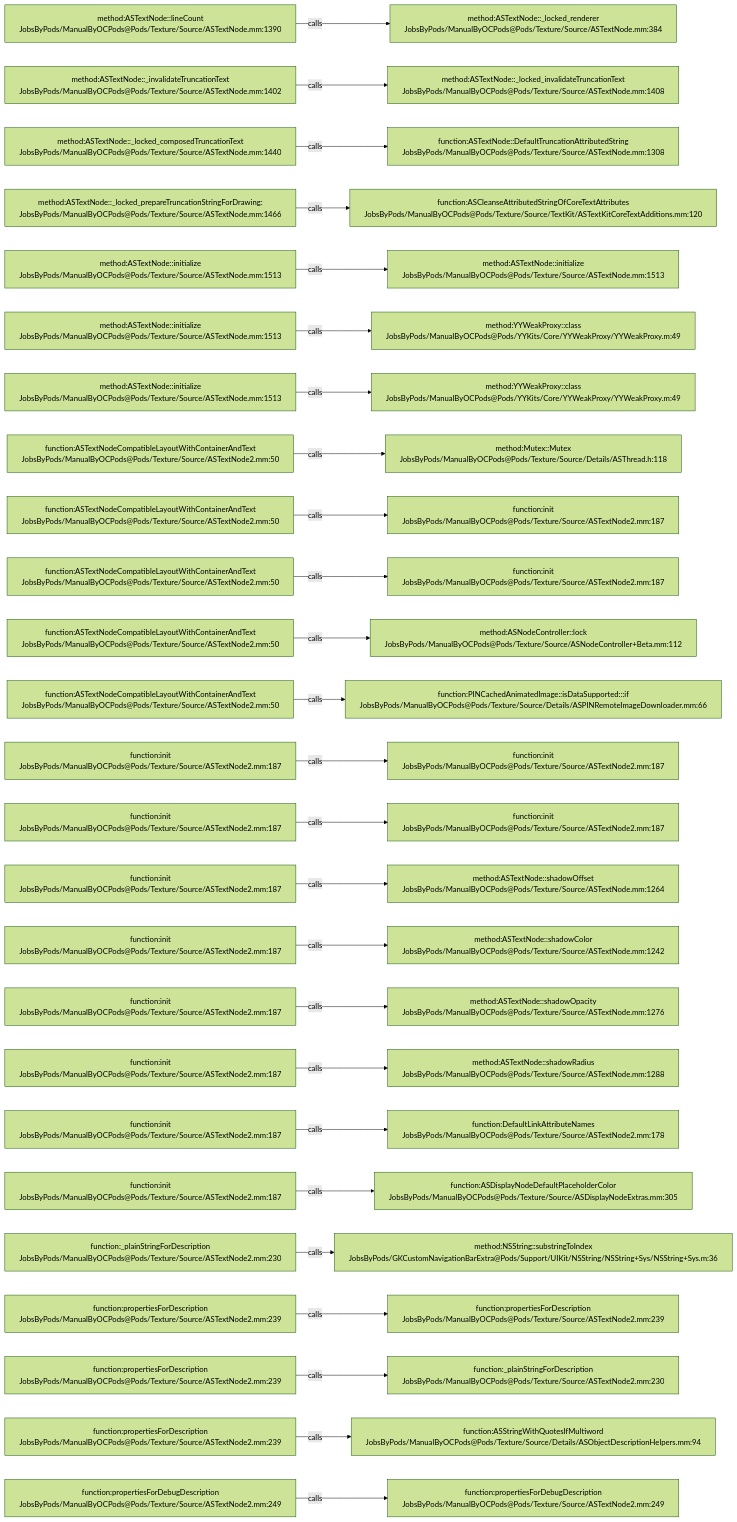
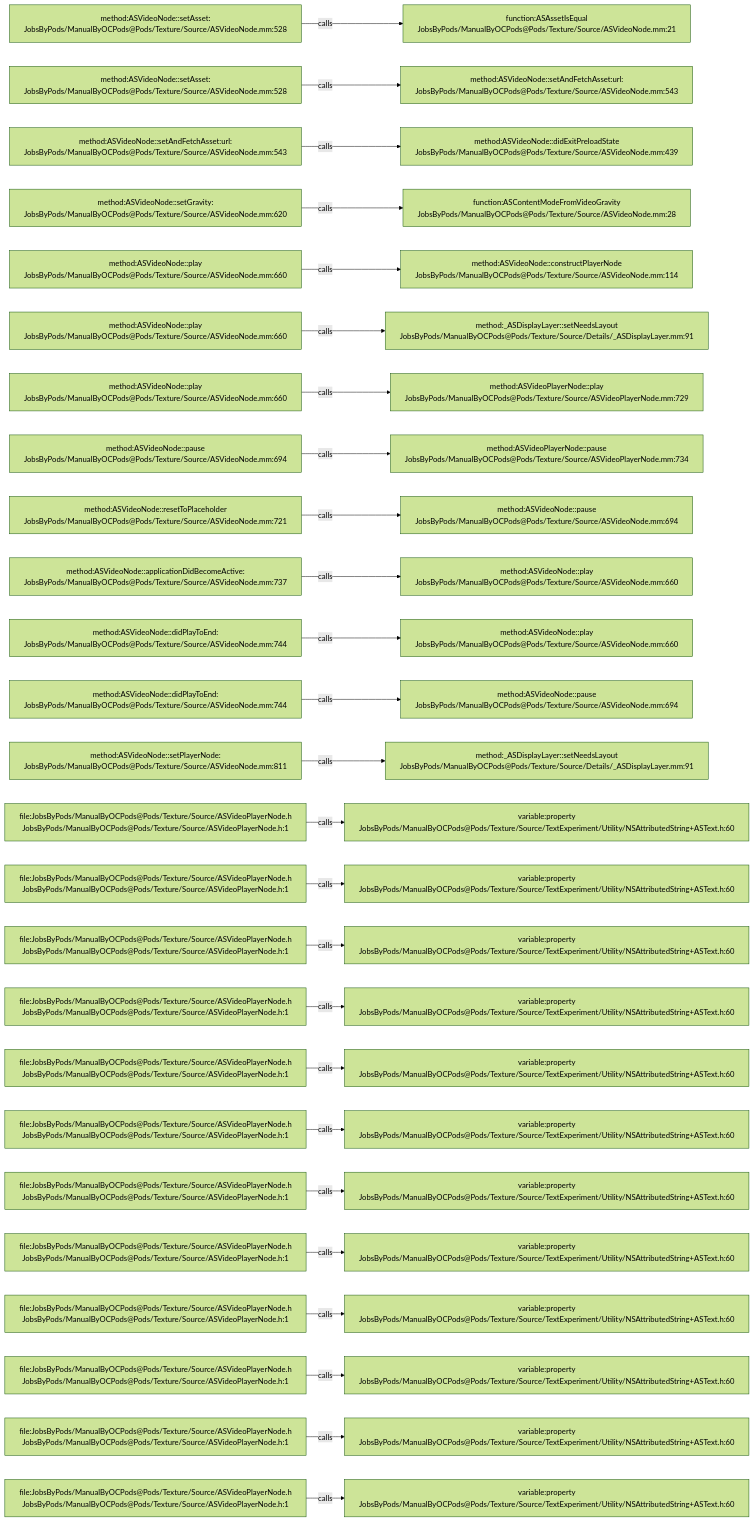
Before and after one commit to JobsKits/JobsOCBaseConfigDemo: the diagram in .codegraph/codegraph.md/graphs/calls-146.md, drawn with Mermaid (forest theme). The commit also changed 1223 other files, not shown here.

````diff
--- a/.codegraph/codegraph.md/graphs/calls-146.md
+++ b/.codegraph/codegraph.md/graphs/calls-146.md
@@ -13,78 +13,78 @@
 ```mermaid
 flowchart LR
-  S1["method:ASTextNode::lineCount<br/>JobsByPods/ManualByOCPods@Pods/Texture/Source/ASTextNode.mm:1390"]
-  T1["method:ASTextNode::_locked_renderer<br/>JobsByPods/ManualByOCPods@Pods/Texture/Source/ASTextNode.mm:384"]
+  S1["method:ASVideoNode::setAsset:<br/>JobsByPods/ManualByOCPods@Pods/Texture/Source/ASVideoNode.mm:528"]
+  T1["function:ASAssetIsEqual<br/>JobsByPods/ManualByOCPods@Pods/Texture/Source/ASVideoNode.mm:21"]
   S1 -->|calls| T1
-  S2["method:ASTextNode::_invalidateTruncationText<br/>JobsByPods/ManualByOCPods@Pods/Texture/Source/ASTextNode.mm:1402"]
-  T2["method:ASTextNode::_locked_invalidateTruncationText<br/>JobsByPods/ManualByOCPods@Pods/Texture/Source/ASTextNode.mm:1408"]
+  S2["method:ASVideoNode::setAsset:<br/>JobsByPods/ManualByOCPods@Pods/Texture/Source/ASVideoNode.mm:528"]
+  T2["method:ASVideoNode::setAndFetchAsset:url:<br/>JobsByPods/ManualByOCPods@Pods/Texture/Source/ASVideoNode.mm:543"]
   S2 -->|calls| T2
-  S3["method:ASTextNode::_locked_composedTruncationText<br/>JobsByPods/ManualByOCPods@Pods/Texture/Source/ASTextNode.mm:1440"]
-  T3["function:ASTextNode::DefaultTruncationAttributedString<br/>JobsByPods/ManualByOCPods@Pods/Texture/Source/ASTextNode.mm:1308"]
+  S3["method:ASVideoNode::setAndFetchAsset:url:<br/>JobsByPods/ManualByOCPods@Pods/Texture/Source/ASVideoNode.mm:543"]
+  T3["method:ASVideoNode::didExitPreloadState<br/>JobsByPods/ManualByOCPods@Pods/Texture/Source/ASVideoNode.mm:439"]
   S3 -->|calls| T3
-  S4["method:ASTextNode::_locked_prepareTruncationStringForDrawing:<br/>JobsByPods/ManualByOCPods@Pods/Texture/Source/ASTextNode.mm:1466"]
-  T4["function:ASCleanseAttributedStringOfCoreTextAttributes<br/>JobsByPods/ManualByOCPods@Pods/Texture/Source/TextKit/ASTextKitCoreTextAdditions.mm:120"]
+  S4["method:ASVideoNode::setGravity:<br/>JobsByPods/ManualByOCPods@Pods/Texture/Source/ASVideoNode.mm:620"]
+  T4["function:ASContentModeFromVideoGravity<br/>JobsByPods/ManualByOCPods@Pods/Texture/Source/ASVideoNode.mm:28"]
   S4 -->|calls| T4
-  S5["method:ASTextNode::initialize<br/>JobsByPods/ManualByOCPods@Pods/Texture/Source/ASTextNode.mm:1513"]
-  T5["method:ASTextNode::initialize<br/>JobsByPods/ManualByOCPods@Pods/Texture/Source/ASTextNode.mm:1513"]
+  S5["method:ASVideoNode::play<br/>JobsByPods/ManualByOCPods@Pods/Texture/Source/ASVideoNode.mm:660"]
+  T5["method:ASVideoNode::constructPlayerNode<br/>JobsByPods/ManualByOCPods@Pods/Texture/Source/ASVideoNode.mm:114"]
   S5 -->|calls| T5
-  S6["method:ASTextNode::initialize<br/>JobsByPods/ManualByOCPods@Pods/Texture/Source/ASTextNode.mm:1513"]
-  T6["method:YYWeakProxy::class<br/>JobsByPods/ManualByOCPods@Pods/YYKits/Core/YYWeakProxy/YYWeakProxy.m:49"]
+  S6["method:ASVideoNode::play<br/>JobsByPods/ManualByOCPods@Pods/Texture/Source/ASVideoNode.mm:660"]
+  T6["method:_ASDisplayLayer::setNeedsLayout<br/>JobsByPods/ManualByOCPods@Pods/Texture/Source/Details/_ASDisplayLayer.mm:91"]
   S6 -->|calls| T6
-  S7["method:ASTextNode::initialize<br/>JobsByPods/ManualByOCPods@Pods/Texture/Source/ASTextNode.mm:1513"]
-  T7["method:YYWeakProxy::class<br/>JobsByPods/ManualByOCPods@Pods/YYKits/Core/YYWeakProxy/YYWeakProxy.m:49"]
+  S7["method:ASVideoNode::play<br/>JobsByPods/ManualByOCPods@Pods/Texture/Source/ASVideoNode.mm:660"]
+  T7["method:ASVideoPlayerNode::play<br/>JobsByPods/ManualByOCPods@Pods/Texture/Source/ASVideoPlayerNode.mm:729"]
   S7 -->|calls| T7
-  S8["function:ASTextNodeCompatibleLayoutWithContainerAndText<br/>JobsByPods/ManualByOCPods@Pods/Texture/Source/ASTextNode2.mm:50"]
-  T8["method:Mutex::Mutex<br/>JobsByPods/ManualByOCPods@Pods/Texture/Source/Details/ASThread.h:118"]
+  S8["method:ASVideoNode::pause<br/>JobsByPods/ManualByOCPods@Pods/Texture/Source/ASVideoNode.mm:694"]
+  T8["method:ASVideoPlayerNode::pause<br/>JobsByPods/ManualByOCPods@Pods/Texture/Source/ASVideoPlayerNode.mm:734"]
   S8 -->|calls| T8
-  S9["function:ASTextNodeCompatibleLayoutWithContainerAndText<br/>JobsByPods/ManualByOCPods@Pods/Texture/Source/ASTextNode2.mm:50"]
-  T9["function:init<br/>JobsByPods/ManualByOCPods@Pods/Texture/Source/ASTextNode2.mm:187"]
+  S9["method:ASVideoNode::resetToPlaceholder<br/>JobsByPods/ManualByOCPods@Pods/Texture/Source/ASVideoNode.mm:721"]
+  T9["method:ASVideoNode::pause<br/>JobsByPods/ManualByOCPods@Pods/Texture/Source/ASVideoNode.mm:694"]
   S9 -->|calls| T9
-  S10["function:ASTextNodeCompatibleLayoutWithContainerAndText<br/>JobsByPods/ManualByOCPods@Pods/Texture/Source/ASTextNode2.mm:50"]
-  T10["function:init<br/>JobsByPods/ManualByOCPods@Pods/Texture/Source/ASTextNode2.mm:187"]
+  S10["method:ASVideoNode::applicationDidBecomeActive:<br/>JobsByPods/ManualByOCPods@Pods/Texture/Source/ASVideoNode.mm:737"]
+  T10["method:ASVideoNode::play<br/>JobsByPods/ManualByOCPods@Pods/Texture/Source/ASVideoNode.mm:660"]
   S10 -->|calls| T10
-  S11["function:ASTextNodeCompatibleLayoutWithContainerAndText<br/>JobsByPods/ManualByOCPods@Pods/Texture/Source/ASTextNode2.mm:50"]
-  T11["method:ASNodeController::lock<br/>JobsByPods/ManualByOCPods@Pods/Texture/Source/ASNodeController+Beta.mm:112"]
+  S11["method:ASVideoNode::didPlayToEnd:<br/>JobsByPods/ManualByOCPods@Pods/Texture/Source/ASVideoNode.mm:744"]
+  T11["method:ASVideoNode::play<br/>JobsByPods/ManualByOCPods@Pods/Texture/Source/ASVideoNode.mm:660"]
   S11 -->|calls| T11
-  S12["function:ASTextNodeCompatibleLayoutWithContainerAndText<br/>JobsByPods/ManualByOCPods@Pods/Texture/Source/ASTextNode2.mm:50"]
-  T12["function:PINCachedAnimatedImage::isDataSupported:::if<br/>JobsByPods/ManualByOCPods@Pods/Texture/Source/Details/ASPINRemoteImageDownloader.mm:66"]
+  S12["method:ASVideoNode::didPlayToEnd:<br/>JobsByPods/ManualByOCPods@Pods/Texture/Source/ASVideoNode.mm:744"]
+  T12["method:ASVideoNode::pause<br/>JobsByPods/ManualByOCPods@Pods/Texture/Source/ASVideoNode.mm:694"]
   S12 -->|calls| T12
-  S13["function:init<br/>JobsByPods/ManualByOCPods@Pods/Texture/Source/ASTextNode2.mm:187"]
-  T13["function:init<br/>JobsByPods/ManualByOCPods@Pods/Texture/Source/ASTextNode2.mm:187"]
+  S13["method:ASVideoNode::setPlayerNode:<br/>JobsByPods/ManualByOCPods@Pods/Texture/Source/ASVideoNode.mm:811"]
+  T13["method:_ASDisplayLayer::setNeedsLayout<br/>JobsByPods/ManualByOCPods@Pods/Texture/Source/Details/_ASDisplayLayer.mm:91"]
   S13 -->|calls| T13
-  S14["function:init<br/>JobsByPods/ManualByOCPods@Pods/Texture/Source/ASTextNode2.mm:187"]
-  T14["function:init<br/>JobsByPods/ManualByOCPods@Pods/Texture/Source/ASTextNode2.mm:187"]
+  S14["file:JobsByPods/ManualByOCPods@Pods/Texture/Source/ASVideoPlayerNode.h<br/>JobsByPods/ManualByOCPods@Pods/Texture/Source/ASVideoPlayerNode.h:1"]
+  T14["variable:property<br/>JobsByPods/ManualByOCPods@Pods/Texture/Source/TextExperiment/Utility/NSAttributedString+ASText.h:60"]
   S14 -->|calls| T14
-  S15["function:init<br/>JobsByPods/ManualByOCPods@Pods/Texture/Source/ASTextNode2.mm:187"]
-  T15["method:ASTextNode::shadowOffset<br/>JobsByPods/ManualByOCPods@Pods/Texture/Source/ASTextNode.mm:1264"]
+  S15["file:JobsByPods/ManualByOCPods@Pods/Texture/Source/ASVideoPlayerNode.h<br/>JobsByPods/ManualByOCPods@Pods/Texture/Source/ASVideoPlayerNode.h:1"]
+  T15["variable:property<br/>JobsByPods/ManualByOCPods@Pods/Texture/Source/TextExperiment/Utility/NSAttributedString+ASText.h:60"]
   S15 -->|calls| T15
-  S16["function:init<br/>JobsByPods/ManualByOCPods@Pods/Texture/Source/ASTextNode2.mm:187"]
-  T16["method:ASTextNode::shadowColor<br/>JobsByPods/ManualByOCPods@Pods/Texture/Source/ASTextNode.mm:1242"]
+  S16["file:JobsByPods/ManualByOCPods@Pods/Texture/Source/ASVideoPlayerNode.h<br/>JobsByPods/ManualByOCPods@Pods/Texture/Source/ASVideoPlayerNode.h:1"]
+  T16["variable:property<br/>JobsByPods/ManualByOCPods@Pods/Texture/Source/TextExperiment/Utility/NSAttributedString+ASText.h:60"]
   S16 -->|calls| T16
-  S17["function:init<br/>JobsByPods/ManualByOCPods@Pods/Texture/Source/ASTextNode2.mm:187"]
-  T17["method:ASTextNode::shadowOpacity<br/>JobsByPods/ManualByOCPods@Pods/Texture/Source/ASTextNode.mm:1276"]
+  S17["file:JobsByPods/ManualByOCPods@Pods/Texture/Source/ASVideoPlayerNode.h<br/>JobsByPods/ManualByOCPods@Pods/Texture/Source/ASVideoPlayerNode.h:1"]
+  T17["variable:property<br/>JobsByPods/ManualByOCPods@Pods/Texture/Source/TextExperiment/Utility/NSAttributedString+ASText.h:60"]
   S17 -->|calls| T17
-  S18["function:init<br/>JobsByPods/ManualByOCPods@Pods/Texture/Source/ASTextNode2.mm:187"]
-  T18["method:ASTextNode::shadowRadius<br/>JobsByPods/ManualByOCPods@Pods/Texture/Source/ASTextNode.mm:1288"]
+  S18["file:JobsByPods/ManualByOCPods@Pods/Texture/Source/ASVideoPlayerNode.h<br/>JobsByPods/ManualByOCPods@Pods/Texture/Source/ASVideoPlayerNode.h:1"]
+  T18["variable:property<br/>JobsByPods/ManualByOCPods@Pods/Texture/Source/TextExperiment/Utility/NSAttributedString+ASText.h:60"]
   S18 -->|calls| T18
-  S19["function:init<br/>JobsByPods/ManualByOCPods@Pods/Texture/Source/ASTextNode2.mm:187"]
-  T19["function:DefaultLinkAttributeNames<br/>JobsByPods/ManualByOCPods@Pods/Texture/Source/ASTextNode2.mm:178"]
+  S19["file:JobsByPods/ManualByOCPods@Pods/Texture/Source/ASVideoPlayerNode.h<br/>JobsByPods/ManualByOCPods@Pods/Texture/Source/ASVideoPlayerNode.h:1"]
+  T19["variable:property<br/>JobsByPods/ManualByOCPods@Pods/Texture/Source/TextExperiment/Utility/NSAttributedString+ASText.h:60"]
   S19 -->|calls| T19
-  S20["function:init<br/>JobsByPods/ManualByOCPods@Pods/Texture/Source/ASTextNode2.mm:187"]
-  T20["function:ASDisplayNodeDefaultPlaceholderColor<br/>JobsByPods/ManualByOCPods@Pods/Texture/Source/ASDisplayNodeExtras.mm:305"]
+  S20["file:JobsByPods/ManualByOCPods@Pods/Texture/Source/ASVideoPlayerNode.h<br/>JobsByPods/ManualByOCPods@Pods/Texture/Source/ASVideoPlayerNode.h:1"]
+  T20["variable:property<br/>JobsByPods/ManualByOCPods@Pods/Texture/Source/TextExperiment/Utility/NSAttributedString+ASText.h:60"]
   S20 -->|calls| T20
-  S21["function:_plainStringForDescription<br/>JobsByPods/ManualByOCPods@Pods/Texture/Source/ASTextNode2.mm:230"]
-  T21["method:NSString::substringToIndex<br/>JobsByPods/GKCustomNavigationBarExtra@Pods/Support/UIKit/NSString/NSString+Sys/NSString+Sys.m:36"]
+  S21["file:JobsByPods/ManualByOCPods@Pods/Texture/Source/ASVideoPlayerNode.h<br/>JobsByPods/ManualByOCPods@Pods/Texture/Source/ASVideoPlayerNode.h:1"]
+  T21["variable:property<br/>JobsByPods/ManualByOCPods@Pods/Texture/Source/TextExperiment/Utility/NSAttributedString+ASText.h:60"]
   S21 -->|calls| T21
-  S22["function:propertiesForDescription<br/>JobsByPods/ManualByOCPods@Pods/Texture/Source/ASTextNode2.mm:239"]
-  T22["function:propertiesForDescription<br/>JobsByPods/ManualByOCPods@Pods/Texture/Source/ASTextNode2.mm:239"]
+  S22["file:JobsByPods/ManualByOCPods@Pods/Texture/Source/ASVideoPlayerNode.h<br/>JobsByPods/ManualByOCPods@Pods/Texture/Source/ASVideoPlayerNode.h:1"]
+  T22["variable:property<br/>JobsByPods/ManualByOCPods@Pods/Texture/Source/TextExperiment/Utility/NSAttributedString+ASText.h:60"]
   S22 -->|calls| T22
-  S23["function:propertiesForDescription<br/>JobsByPods/ManualByOCPods@Pods/Texture/Source/ASTextNode2.mm:239"]
-  T23["function:_plainStringForDescription<br/>JobsByPods/ManualByOCPods@Pods/Texture/Source/ASTextNode2.mm:230"]
+  S23["file:JobsByPods/ManualByOCPods@Pods/Texture/Source/ASVideoPlayerNode.h<br/>JobsByPods/ManualByOCPods@Pods/Texture/Source/ASVideoPlayerNode.h:1"]
+  T23["variable:property<br/>JobsByPods/ManualByOCPods@Pods/Texture/Source/TextExperiment/Utility/NSAttributedString+ASText.h:60"]
   S23 -->|calls| T23
-  S24["function:propertiesForDescription<br/>JobsByPods/ManualByOCPods@Pods/Texture/Source/ASTextNode2.mm:239"]
-  T24["function:ASStringWithQuotesIfMultiword<br/>JobsByPods/ManualByOCPods@Pods/Texture/Source/Details/ASObjectDescriptionHelpers.mm:94"]
+  S24["file:JobsByPods/ManualByOCPods@Pods/Texture/Source/ASVideoPlayerNode.h<br/>JobsByPods/ManualByOCPods@Pods/Texture/Source/ASVideoPlayerNode.h:1"]
+  T24["variable:property<br/>JobsByPods/ManualByOCPods@Pods/Texture/Source/TextExperiment/Utility/NSAttributedString+ASText.h:60"]
   S24 -->|calls| T24
-  S25["function:propertiesForDebugDescription<br/>JobsByPods/ManualByOCPods@Pods/Texture/Source/ASTextNode2.mm:249"]
-  T25["function:propertiesForDebugDescription<br/>JobsByPods/ManualByOCPods@Pods/Texture/Source/ASTextNode2.mm:249"]
+  S25["file:JobsByPods/ManualByOCPods@Pods/Texture/Source/ASVideoPlayerNode.h<br/>JobsByPods/ManualByOCPods@Pods/Texture/Source/ASVideoPlayerNode.h:1"]
+  T25["variable:property<br/>JobsByPods/ManualByOCPods@Pods/Texture/Source/TextExperiment/Utility/NSAttributedString+ASText.h:60"]
   S25 -->|calls| T25
 ```
````
